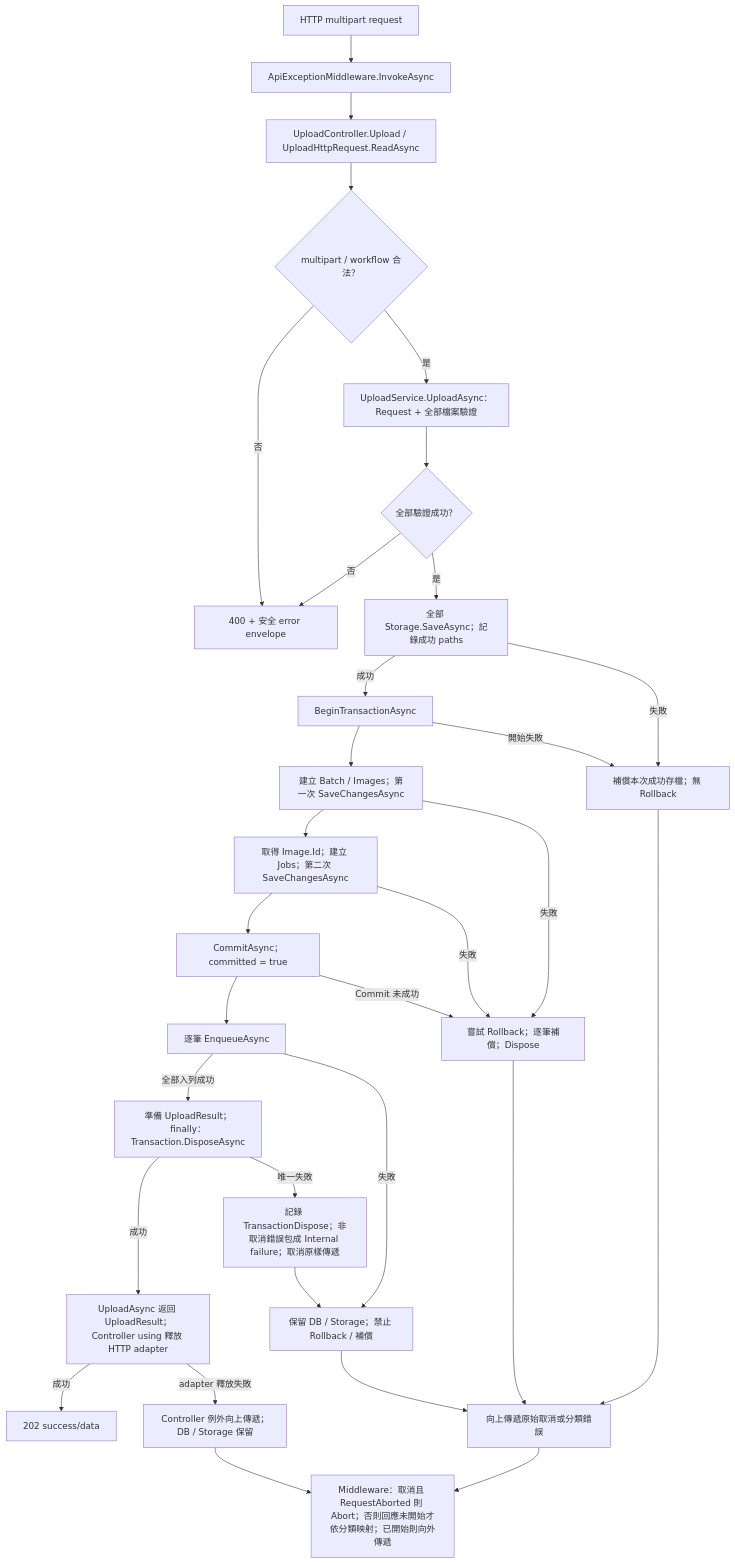
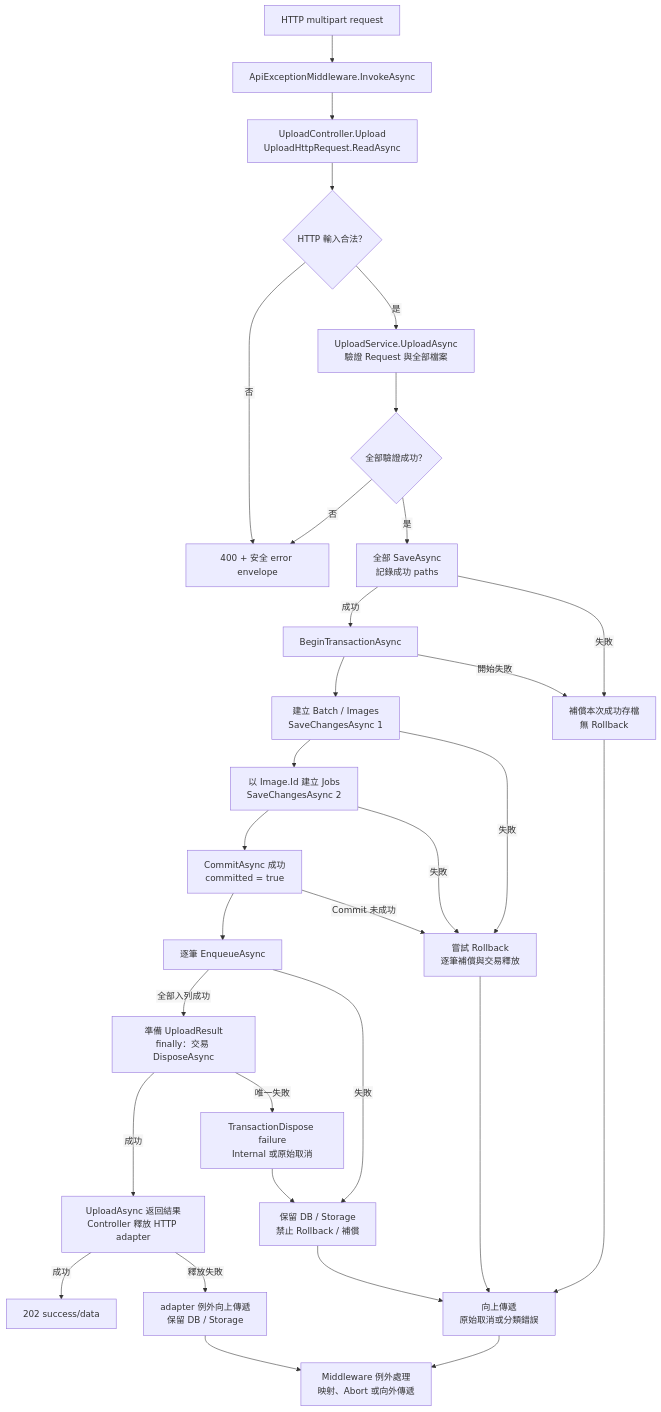
Before and after one commit to ChouKuangWen/Photo-Processing-Image-Analysis-Platform: the second of 9 diagrams in tasks/MOD-01/README.md, drawn with Mermaid. The commit also changed other lines of this file, not shown here.

First line of the commit message:
docs(mod-01): refine Mermaid diagrams and architecture relationships

````diff
--- a/tasks/MOD-01/README.md
+++ b/tasks/MOD-01/README.md
@@ -112,33 +134,34 @@
 ```mermaid
+%%{init: {"flowchart": {"htmlLabels": false}}}%%
 flowchart TD
     A["HTTP multipart request"] --> B["ApiExceptionMiddleware.InvokeAsync"]
-    B --> C["UploadController.Upload / UploadHttpRequest.ReadAsync"]
-    C --> D{"multipart / workflow 合法？"}
+    B --> C["UploadController.Upload<br/>UploadHttpRequest.ReadAsync"]
+    C --> D{"HTTP 輸入合法？"}
     D -- 否 --> E["400 + 安全 error envelope"]
-    D -- 是 --> F["UploadService.UploadAsync：Request + 全部檔案驗證"]
+    D -- 是 --> F["UploadService.UploadAsync<br/>驗證 Request 與全部檔案"]
     F --> G{"全部驗證成功？"}
     G -- 否 --> E
-    G -- 是 --> H["全部 Storage.SaveAsync；記錄成功 paths"]
+    G -- 是 --> H["全部 SaveAsync<br/>記錄成功 paths"]
     H -- 成功 --> I["BeginTransactionAsync"]
-    I --> J["建立 Batch / Images；第一次 SaveChangesAsync"]
-    J --> K["取得 Image.Id；建立 Jobs；第二次 SaveChangesAsync"]
-    K --> L["CommitAsync；committed = true"]
+    I --> J["建立 Batch / Images<br/>SaveChangesAsync 1"]
+    J --> K["以 Image.Id 建立 Jobs<br/>SaveChangesAsync 2"]
+    K --> L["CommitAsync 成功<br/>committed = true"]
     L --> M["逐筆 EnqueueAsync"]
-    M -- 全部入列成功 --> N["準備 UploadResult；finally：Transaction.DisposeAsync"]
-    N -- 成功 --> U["UploadAsync 返回 UploadResult；Controller using 釋放 HTTP adapter"]
+    M -- 全部入列成功 --> N["準備 UploadResult<br/>finally：交易 DisposeAsync"]
+    N -- 成功 --> U["UploadAsync 返回結果<br/>Controller 釋放 HTTP adapter"]
     U -- 成功 --> O["202 success/data"]
-    N -- 唯一失敗 --> V["記錄 TransactionDispose；非取消錯誤包成 Internal failure；取消原樣傳遞"]
+    N -- 唯一失敗 --> V["TransactionDispose failure<br/>Internal 或原始取消"]
     V --> R
-    U -- adapter 釋放失敗 --> W["Controller 例外向上傳遞；DB / Storage 保留"]
-    H -- 失敗 --> P["補償本次成功存檔；無 Rollback"]
+    U -- 釋放失敗 --> W["adapter 例外向上傳遞<br/>保留 DB / Storage"]
+    H -- 失敗 --> P["補償本次成功存檔<br/>無 Rollback"]
     I -- 開始失敗 --> P
-    J -- 失敗 --> Q["嘗試 Rollback；逐筆補償；Dispose"]
+    J -- 失敗 --> Q["嘗試 Rollback<br/>逐筆補償與交易釋放"]
     K -- 失敗 --> Q
     L -- Commit 未成功 --> Q
-    M -- 失敗 --> R["保留 DB / Storage；禁止 Rollback / 補償"]
-    P --> S["向上傳遞原始取消或分類錯誤"]
+    M -- 失敗 --> R["保留 DB / Storage<br/>禁止 Rollback / 補償"]
+    P --> S["向上傳遞<br/>原始取消或分類錯誤"]
     Q --> S
     R --> S
     W --> T
-    S --> T["Middleware：取消且 RequestAborted 則 Abort；否則回應未開始才依分類映射；已開始則向外傳遞"]
+    S --> T["Middleware 例外處理<br/>映射、Abort 或向外傳遞"]
 ```
````
